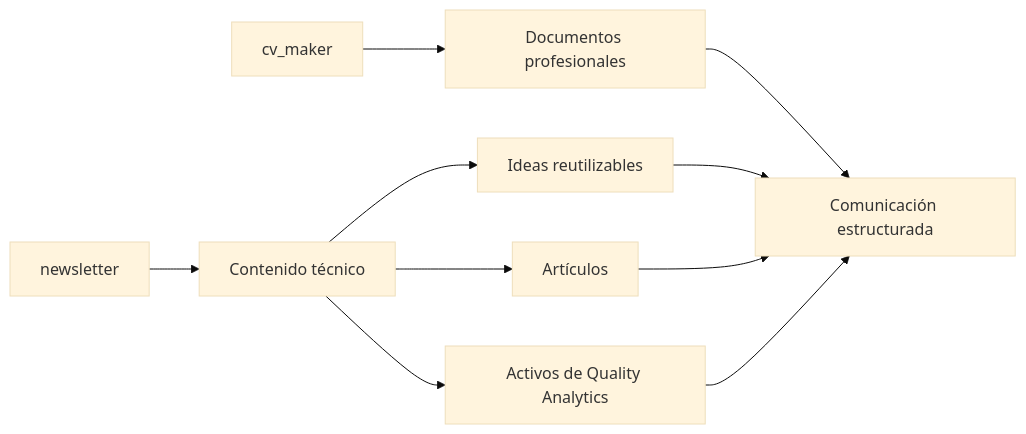
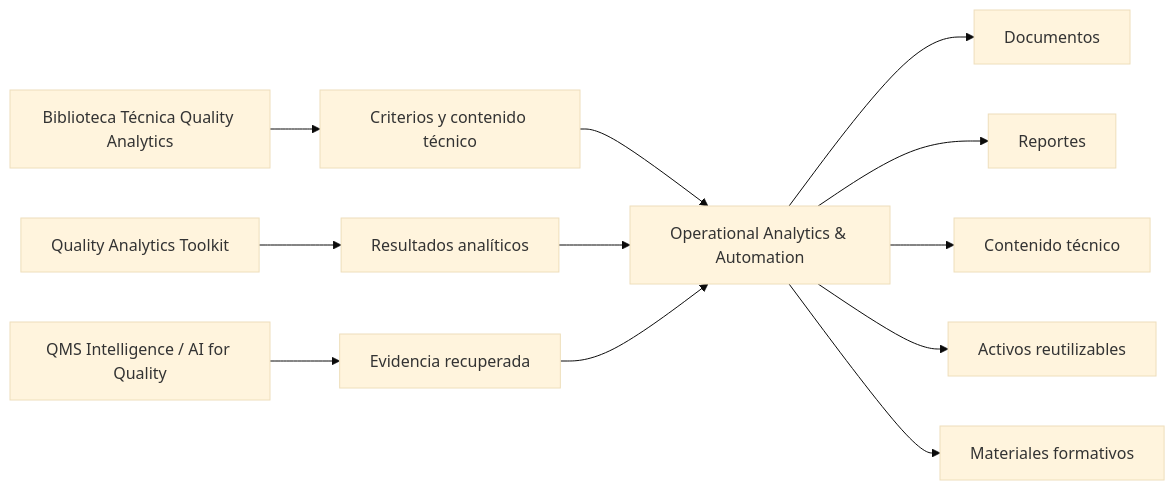
The first of 2 diagrams in README.md (fjgonzalezmgt/Operational-Analytics-Automation), drawn with Mermaid (base theme) before and after one commit. The commit also changed other lines of this file, not shown here.

Commit message:
Align README with Quality Analytics ecosystem positioning

````diff
--- a/README.md
+++ b/README.md
@@ -146,13 +13,16 @@
 ```mermaid
 flowchart LR
-    A[cv_maker] --> C[Documentos profesionales]
-    B[newsletter] --> D[Contenido técnico]
-    D --> E[Ideas reutilizables]
-    D --> F[Artículos]
-    D --> G[Activos de Quality Analytics]
+    A[Biblioteca Técnica Quality Analytics] --> B[Criterios y contenido técnico]
+    C[Quality Analytics Toolkit] --> D[Resultados analíticos]
+    E[QMS Intelligence / AI for Quality] --> F[Evidencia recuperada]
 
-    C --> H[Comunicación estructurada]
-    E --> H
-    F --> H
-    G --> H
+    B --> G[Operational Analytics & Automation]
+    D --> G
+    F --> G
+
+    G --> H[Documentos]
+    G --> I[Reportes]
+    G --> J[Contenido técnico]
+    G --> K[Activos reutilizables]
+    G --> L[Materiales formativos]
 ```
````
